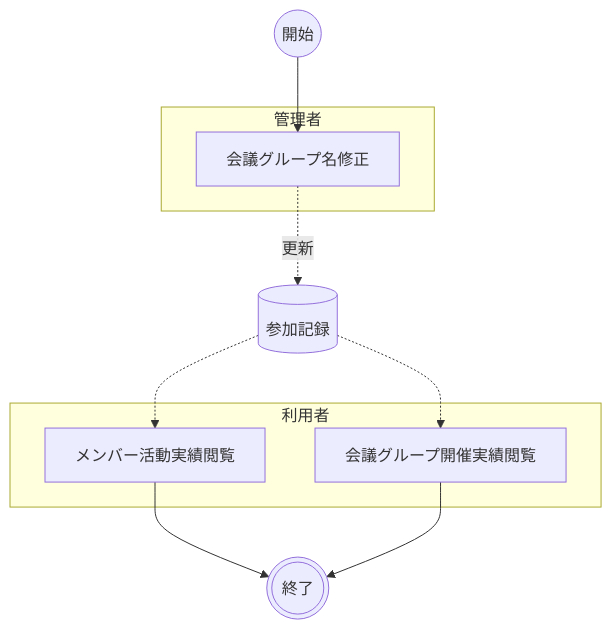
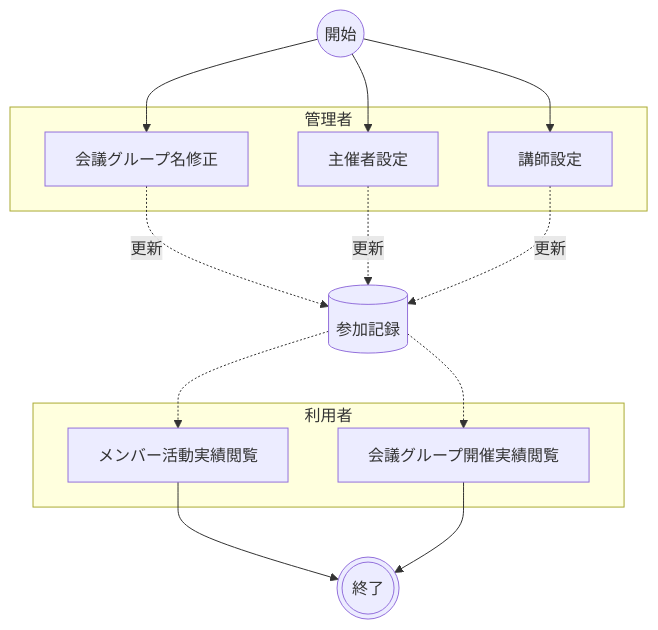
The diagram in docs/02.会議グループ管理/会議グループ管理.md (nuitsjp/teams-board), drawn with Mermaid before and after one commit. The commit also changed other lines of this file and 6 other files, not shown here.

````diff
--- a/docs/02.会議グループ管理/会議グループ管理.md
+++ b/docs/02.会議グループ管理/会議グループ管理.md
@@ -17,23 +17,29 @@
 ```mermaid
 flowchart TD
     開始@{ shape: circle, label: "開始" }
     終了(((終了)))
 
     subgraph 管理者
         B01[会議グループ名修正]
+        B02[主催者設定]
+        B03[講師設定]
     end
 
     DB[(参加記録)]
 
     subgraph 利用者
-        B02[メンバー活動実績閲覧]
-        B03[会議グループ開催実績閲覧]
+        B04[メンバー活動実績閲覧]
+        B05[会議グループ開催実績閲覧]
     end
 
     開始 --> B01
+    開始 --> B02
+    開始 --> B03
     B01 -.更新.-> DB
-    DB -.-> B02
-    DB -.-> B03
-    B02 --> 終了
-    B03 --> 終了
+    B02 -.更新.-> DB
+    B03 -.更新.-> DB
+    DB -.-> B04
+    DB -.-> B05
+    B04 --> 終了
+    B05 --> 終了
 ```
````
